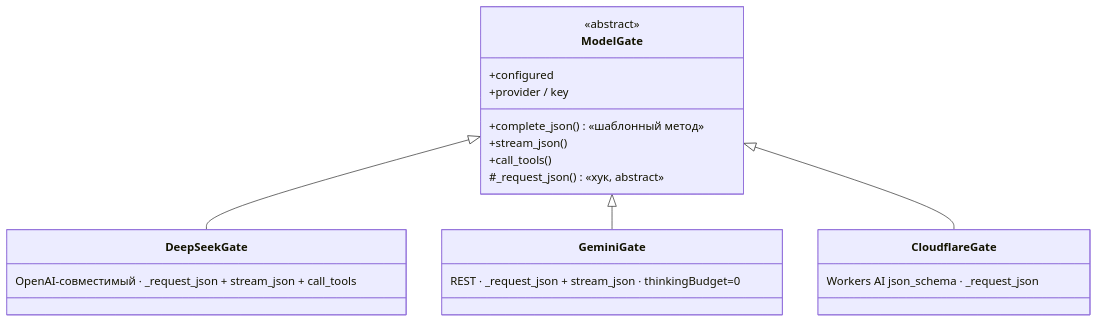
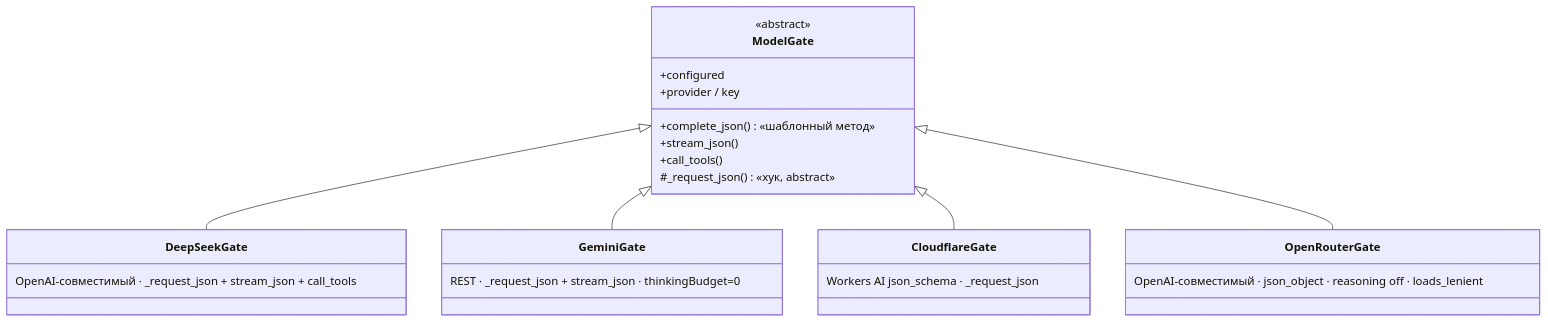
One commit to khripunovpp/easy-week changed the second of 4 diagrams in docs/ARCHITECTURE.md. Above: the diagram before and after it, drawn with Mermaid. The commit also changed other lines of this file and 32 other files, not shown here.

````diff
--- a/docs/ARCHITECTURE.md
+++ b/docs/ARCHITECTURE.md
@@ -61,18 +72,20 @@
 ```mermaid
 classDiagram
   class ModelGate {
     <<abstract>>
     +complete_json()  «шаблонный метод»
     +stream_json()
     +call_tools()
     #_request_json()  «хук, abstract»
     +configured
     +provider / key
   }
   ModelGate <|-- DeepSeekGate
   ModelGate <|-- GeminiGate
   ModelGate <|-- CloudflareGate
+  ModelGate <|-- OpenRouterGate
   class DeepSeekGate { OpenAI-совместимый · _request_json + stream_json + call_tools }
   class GeminiGate { REST · _request_json + stream_json · thinkingBudget=0 }
   class CloudflareGate { Workers AI json_schema · _request_json }
+  class OpenRouterGate { OpenAI-совместимый · json_object · reasoning off · loads_lenient }
 ```
````
